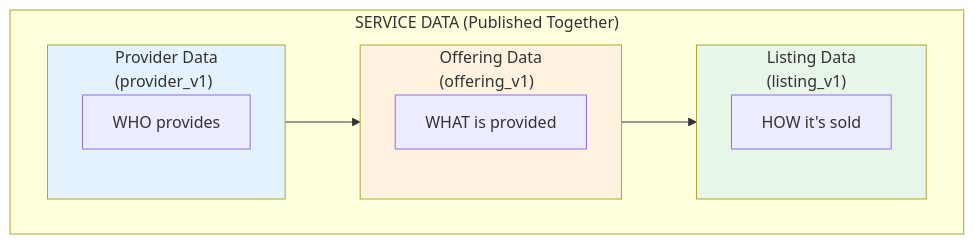
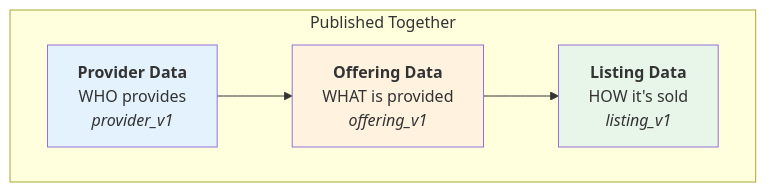
Before and after one commit to unitysvc/unitysvc-services: the diagram in docs/cli-reference.md, drawn with Mermaid. The commit also changed 3 other files, not shown here.

Commit message:
simplify service data model diagrams to vertical layout

````diff
--- a/docs/cli-reference.md
+++ b/docs/cli-reference.md
@@ -202,21 +202,14 @@
 ```mermaid
-flowchart LR
-    subgraph Service["SERVICE DATA (Published Together)"]
-        direction LR
-        subgraph Provider["Provider Data<br/>(provider_v1)"]
-            P["WHO provides"]
-        end
-        subgraph Offering["Offering Data<br/>(offering_v1)"]
-            O["WHAT is provided"]
-        end
-        subgraph Listing["Listing Data<br/>(listing_v1)"]
-            L["HOW it's sold"]
-        end
+flowchart TB
+    subgraph Service["Published Together"]
+        P["<b>Provider Data</b><br/>WHO provides<br/><i>provider_v1</i>"]
+        O["<b>Offering Data</b><br/>WHAT is provided<br/><i>offering_v1</i>"]
+        L["<b>Listing Data</b><br/>HOW it's sold<br/><i>listing_v1</i>"]
     end
 
-    Provider --> Offering --> Listing
+    P --> O --> L
 
-    style Provider fill:#e3f2fd
-    style Offering fill:#fff3e0
-    style Listing fill:#e8f5e9
+    style P fill:#e3f2fd
+    style O fill:#fff3e0
+    style L fill:#e8f5e9
 ```
````
